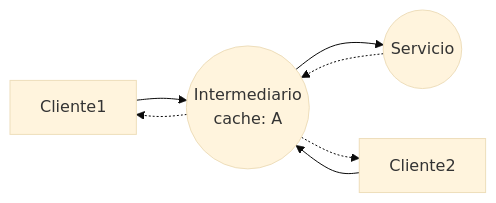
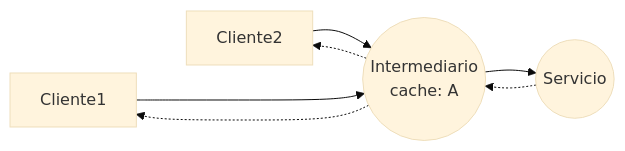
The sixth of 7 diagrams in 3/3.1/isd/teoríca/isd-service_REST.md (Adega318/uni-apuntes), drawn with Mermaid (base theme) before and after one commit. The commit also changed other lines of this file, not shown here.

Commit message:
vault backup: 2023-11-16 10:49:36

````diff
--- a/3/3.1/isd/teoríca/isd-service_REST.md
+++ b/3/3.1/isd/teoríca/isd-service_REST.md
@@ -99,15 +99,16 @@
 ```mermaid
 flowchart LR
 C1[Cliente1]
 C2[Cliente2]
 I(("Intermediario\ncache: A"))
 S((Servicio))
 
-C1-->I
-C2-->I
-I-->S
-S-.->I
+C1 ~~~ C2
+C1 ---> I
+C2 --> I
+I -.-> C1
+I -.-> C2
 
-I-.->C1
-I-.->C2
+I --> S
+S -.-> I
 ```
````
